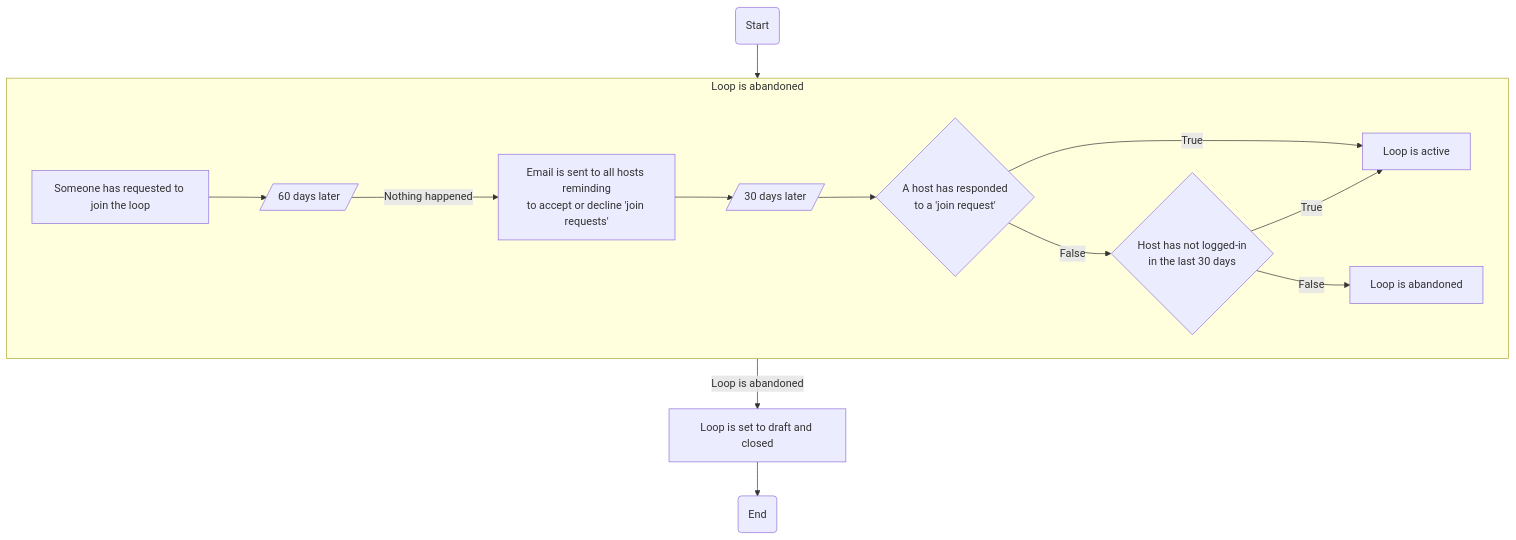
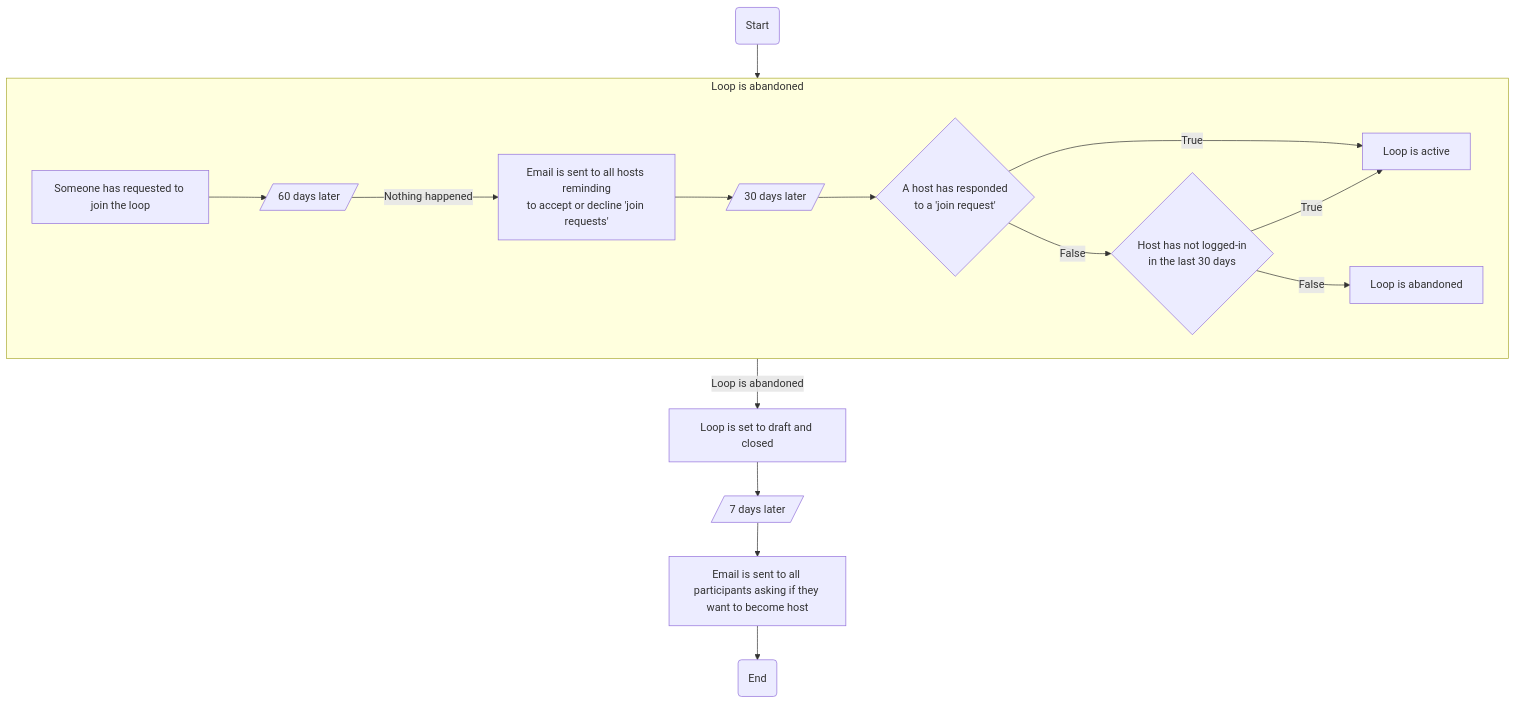
One commit to the-clothing-loop/website changed the second of 4 diagrams in server/docs/email_diagrams.md. Above: the diagram before and after it, drawn with Mermaid.

Commit message:
Docs add email to all participants to become host

````diff
--- a/server/docs/email_diagrams.md
+++ b/server/docs/email_diagrams.md
@@ -27,18 +27,19 @@
 ```mermaid
 
 flowchart TD
    subgraph SB1[Loop is abandoned]
       SA[Someone has requested to join the loop] --> SB[/60 days later/]
       SB --> |Nothing happened| SC[Email is sent to all hosts reminding\nto accept or decline 'join requests']
       SC --> SD[/30 days later/]
       SD --> SE{A host has responded\nto a 'join request'}
       SE --> |True| S0[Loop is active]
       SE --> |False| SF{Host has not logged-in\nin the last 30 days}
       SF --> |True| S0
       SF --> |False| S1[Loop is abandoned]
    end
    Start(Start) --> SB1
    SB1 --> |Loop is abandoned| A[Loop is set to draft and closed]
-   A --> End(End)
-
+   A --> B[/7 days later/]
+   B --> C[Email is sent to all participants asking if they want to become host]
+   C --> End(End)
 ```
````
